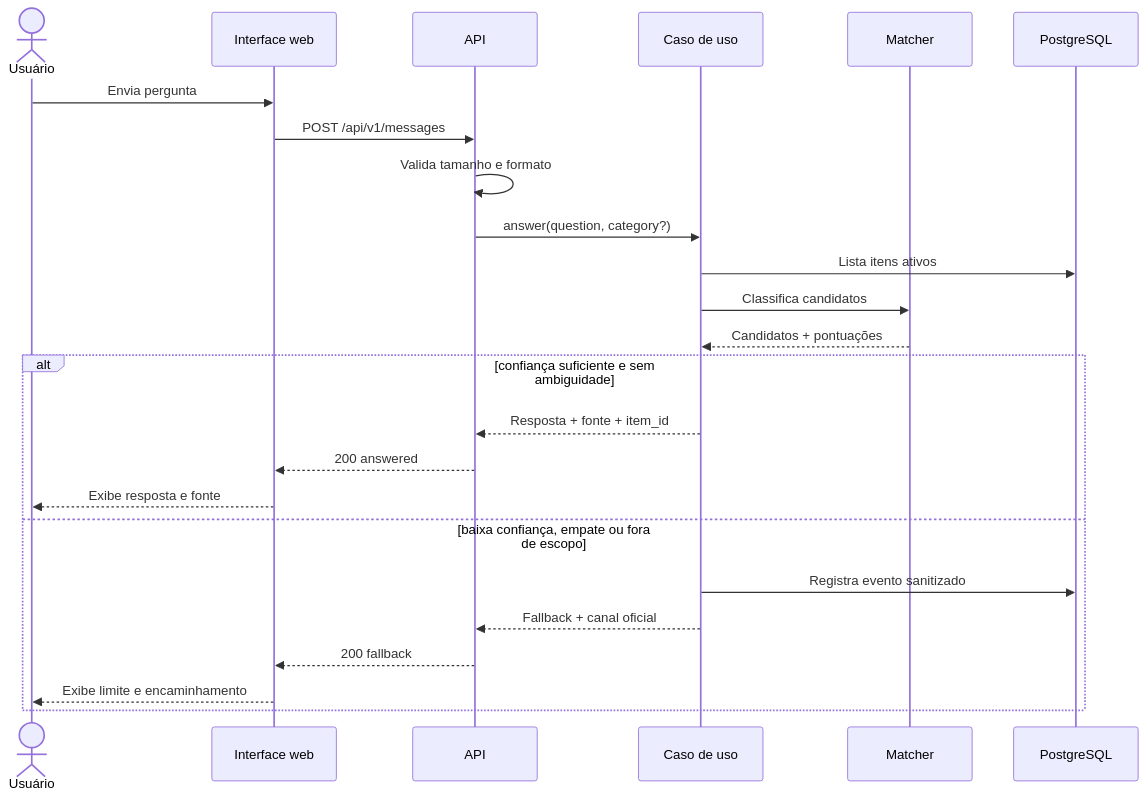
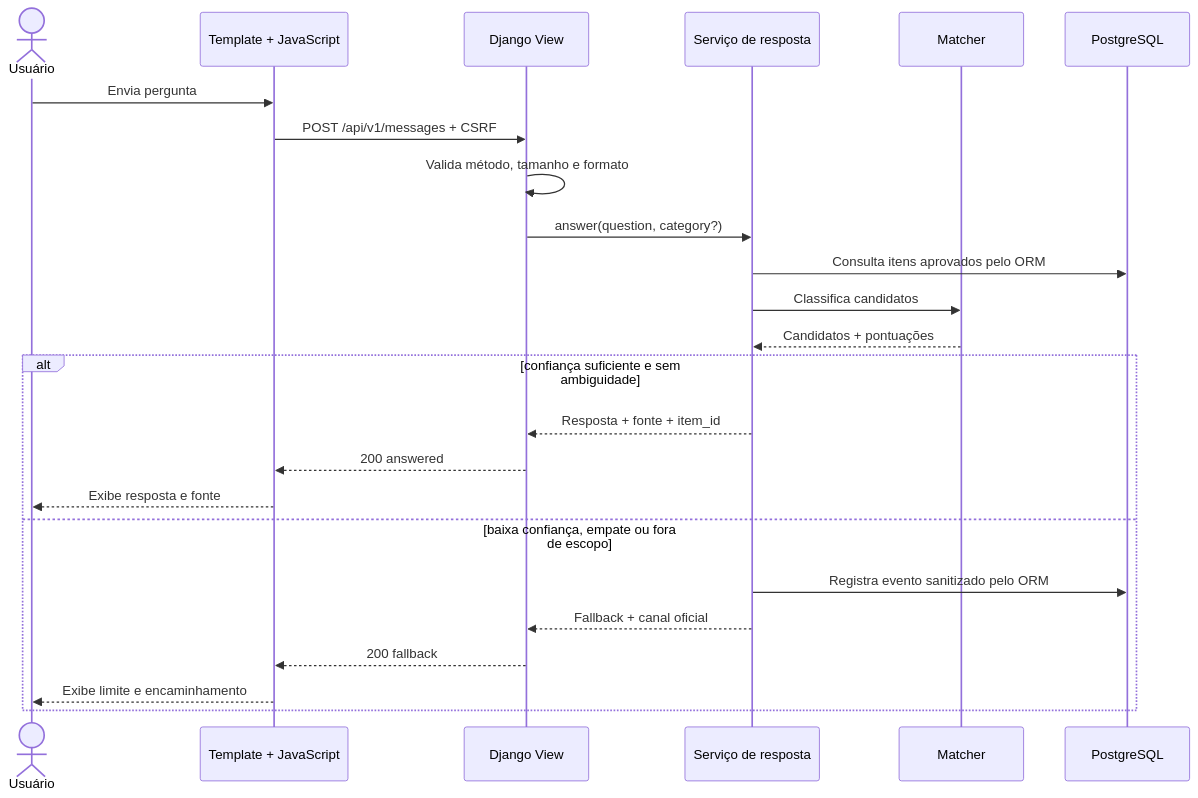
The fourth of 8 diagrams in docs/ARQUITETURA.md (walkermooore/chatbot-aginov), drawn with Mermaid before and after one commit. The commit also changed other lines of this file and 5 other files, not shown here.

````diff
--- a/docs/ARQUITETURA.md
+++ b/docs/ARQUITETURA.md
@@ -138,27 +145,27 @@
 ```mermaid
 sequenceDiagram
     actor U as Usuário
-    participant W as Interface web
-    participant A as API
-    participant C as Caso de uso
+    participant W as Template + JavaScript
+    participant V as Django View
+    participant C as Serviço de resposta
     participant M as Matcher
-    participant D as PostgreSQL
+    participant DB as PostgreSQL
 
     U->>W: Envia pergunta
-    W->>A: POST /api/v1/messages
-    A->>A: Valida tamanho e formato
-    A->>C: answer(question, category?)
-    C->>D: Lista itens ativos
+    W->>V: POST /api/v1/messages + CSRF
+    V->>V: Valida método, tamanho e formato
+    V->>C: answer(question, category?)
+    C->>DB: Consulta itens aprovados pelo ORM
     C->>M: Classifica candidatos
     M-->>C: Candidatos + pontuações
     alt confiança suficiente e sem ambiguidade
-        C-->>A: Resposta + fonte + item_id
-        A-->>W: 200 answered
+        C-->>V: Resposta + fonte + item_id
+        V-->>W: 200 answered
         W-->>U: Exibe resposta e fonte
     else baixa confiança, empate ou fora de escopo
-        C->>D: Registra evento sanitizado
-        C-->>A: Fallback + canal oficial
-        A-->>W: 200 fallback
+        C->>DB: Registra evento sanitizado pelo ORM
+        C-->>V: Fallback + canal oficial
+        V-->>W: 200 fallback
         W-->>U: Exibe limite e encaminhamento
     end
 ```
````
